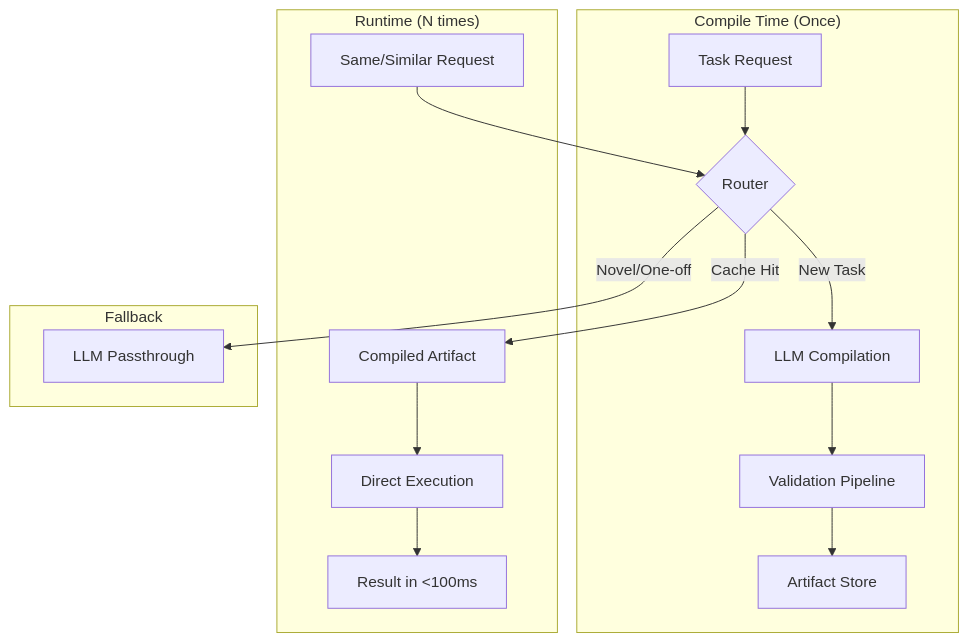
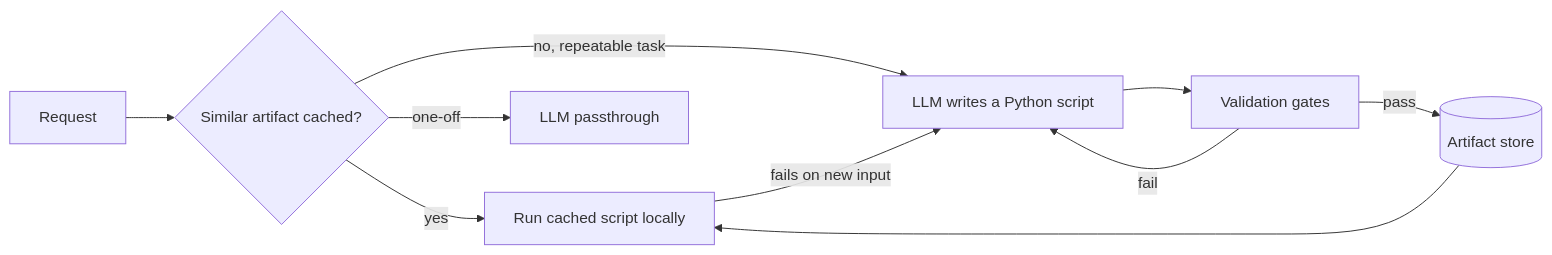
One commit to elianlehoux/petra changed the diagram in README.md. Above: the diagram before and after it, drawn with Mermaid. The commit also changed other lines of this file and 5984 other files, not shown here.

````diff
--- a/README.md
+++ b/README.md
@@ -14,18 +14,11 @@
 ```mermaid
-flowchart TB
-  subgraph "Compile Time (Once)"
-    A[Task Request] --> B{Router}
-    B -->|New Task| C[LLM Compilation]
-    C --> D[Validation Pipeline]
-    D --> E[Artifact Store]
-  end
-  subgraph "Runtime (N times)"
-    F[Same/Similar Request] --> B
-    B -->|Cache Hit| G[Compiled Artifact]
-    G --> H[Direct Execution]
-    H --> I[Result in <100ms]
-  end
-  subgraph "Fallback"
-    B -->|Novel/One-off| J[LLM Passthrough]
-  end
+flowchart LR
+  R[Request] --> S{Similar artifact cached?}
+  S -- yes --> X[Run cached script locally]
+  S -- no, repeatable task --> C[LLM writes a Python script]
+  C --> V[Validation gates]
+  V -- pass --> A[(Artifact store)] --> X
+  V -- fail --> C
+  S -- one-off --> P[LLM passthrough]
+  X -- fails on new input --> C
 ```
````
